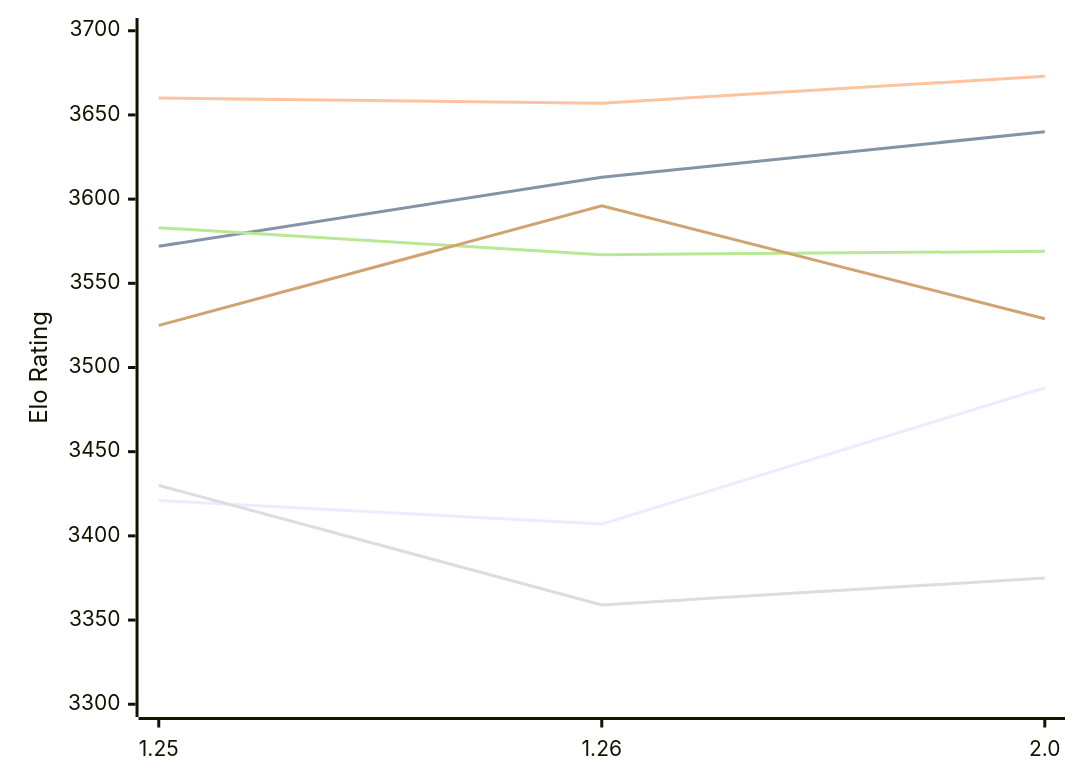
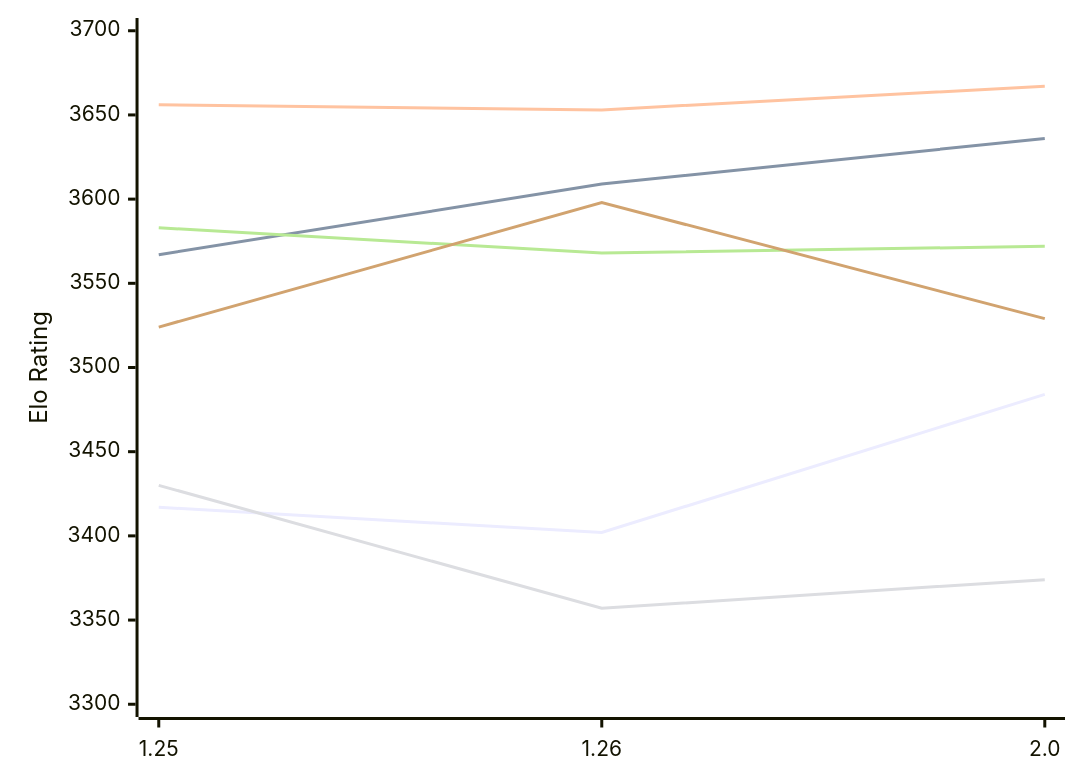
The first of 2 diagrams in engines/Caissa.md (computer-chess-index/cci), drawn with Mermaid before and after one commit. The commit also changed other lines of this file, not shown here.

Commit message:
Update CCI Ratings (ELO VLTC) - 2026-11-26

````diff
--- a/engines/Caissa.md
+++ b/engines/Caissa.md
@@ -58,12 +58,12 @@
 ```mermaid
 %%{init: {"theme":"base","themeVariables":{"seriesColors:['#a3a3a3','#222221','#faa371']}}}%%
 xychart-beta
   x-axis ["1.25", "1.26", "2.0"]
   y-axis "Elo Rating" 3300 --> 3700
-  line "E1: STC (8.0+0.08s)" [3421, 3407, 3488]
-  line "E1: LTC (60.0+0.60s)" [3572, 3613, 3640]
-  line "E1: VLTC (2m24s+1.12s)" [3660, 3657, 3673]
-  line "P1: STC (8.0+0.08s)" [3430, 3359, 3375]
-  line "P1: LTC (60.0+0.60s)" [3583, 3567, 3569]
-  line "P1: VLTC (2m24s+1.12s)" [3525, 3596, 3529]
+  line "E1: STC (8.0+0.08s)" [3417, 3402, 3484]
+  line "E1: LTC (60.0+0.60s)" [3567, 3609, 3636]
+  line "E1: VLTC (2m24s+1.12s)" [3656, 3653, 3667]
+  line "P1: STC (8.0+0.08s)" [3430, 3357, 3374]
+  line "P1: LTC (60.0+0.60s)" [3583, 3568, 3572]
+  line "P1: VLTC (2m24s+1.12s)" [3524, 3598, 3529]
 ```
````
